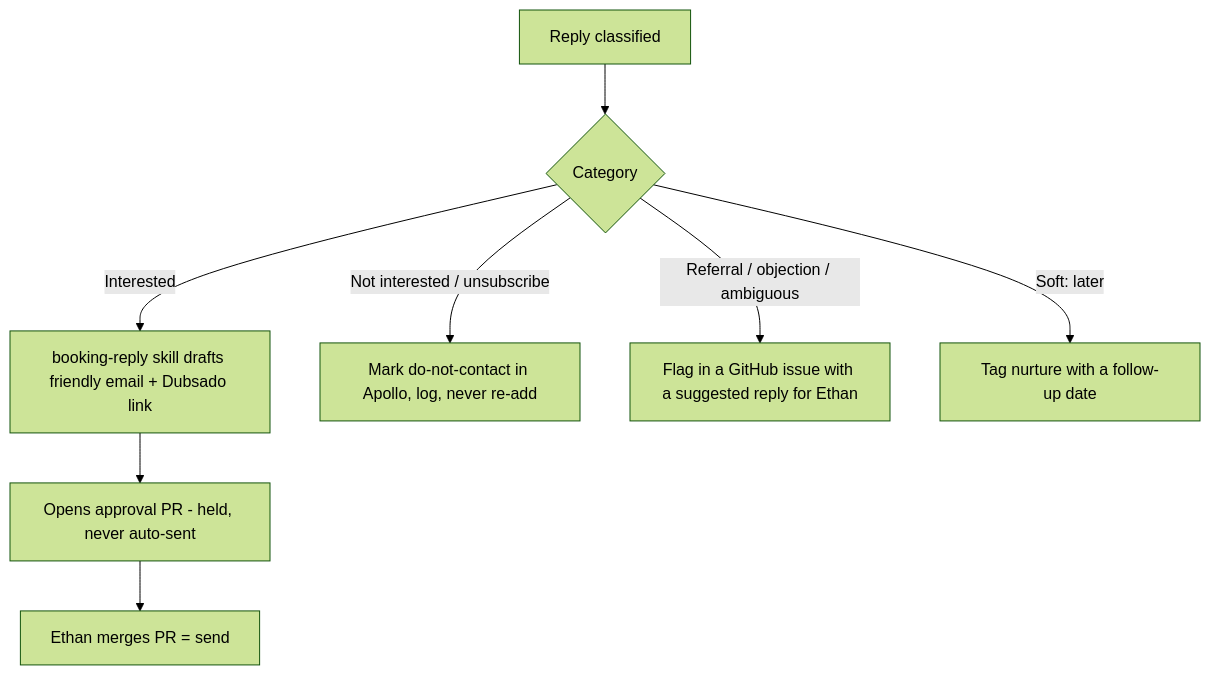
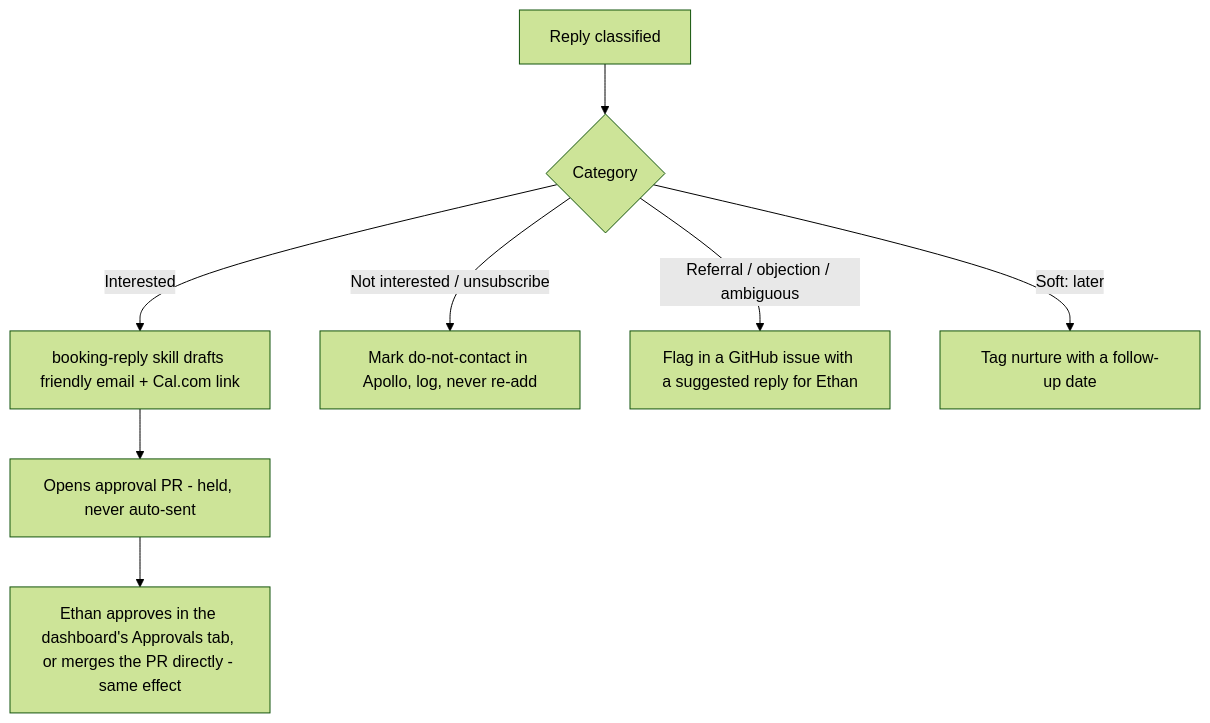
The second of 4 diagrams in docs/architecture.md (Polymer-Design/sales-cold-outreach), drawn with Mermaid (forest theme) before and after one commit. The commit also changed 25 other files, not shown here.

````diff
--- a/docs/architecture.md
+++ b/docs/architecture.md
@@ -48,10 +48,10 @@
 ```mermaid
 flowchart TD
     N[Reply classified] --> O{Category}
-    O -->|Interested| P[booking-reply skill drafts friendly email + Dubsado link]
+    O -->|Interested| P[booking-reply skill drafts friendly email + Cal.com link]
     P --> Q[Opens approval PR - held, never auto-sent]
-    Q --> R[Ethan merges PR = send]
+    Q --> R[Ethan approves in the dashboard's Approvals tab, or merges the PR directly - same effect]
     O -->|Not interested / unsubscribe| S[Mark do-not-contact in Apollo, log, never re-add]
     O -->|Referral / objection / ambiguous| T[Flag in a GitHub issue with a suggested reply for Ethan]
     O -->|Soft: later| U[Tag nurture with a follow-up date]
 ```
````
